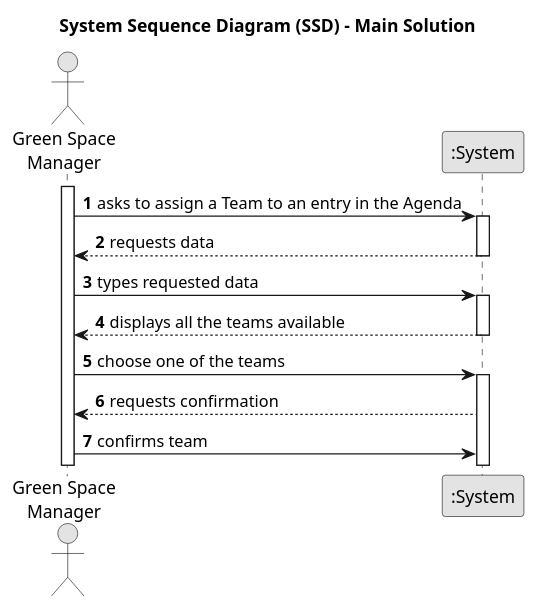
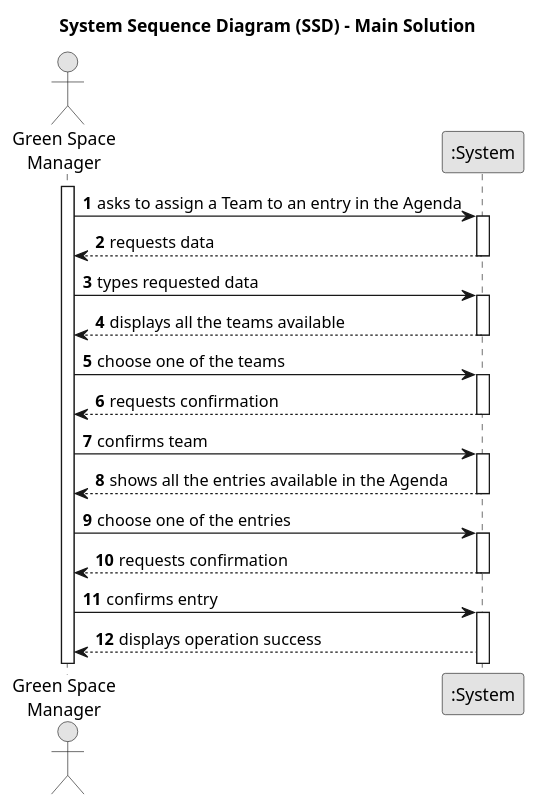
The diagram in docs/sprintC/us023/01.requirements-engineering/puml/us023-system-sequence-diagram-main-solution.puml (Departamento-de-Engenharia-Informatica/lei-24-s2-1dkl-g134), drawn with PlantUML before and after one commit.

Commit message:
US 23- Conclusion of SD main solution

```diff
--- a/docs/sprintC/us023/01.requirements-engineering/puml/us023-system-sequence-diagram-main-solution.puml
+++ b/docs/sprintC/us023/01.requirements-engineering/puml/us023-system-sequence-diagram-main-solution.puml
@@ -1,32 +1,48 @@
 @startuml
 skinparam monochrome true
 skinparam packageStyle rectangle
 skinparam shadowing false
 
 title System Sequence Diagram (SSD) - Main Solution
 
 autonumber
 
 actor "Green Space\nManager" as Manager
 participant ":System" as System
 
 activate Manager
 
     Manager -> System : asks to assign a Team to an entry in the Agenda
-    activate System
+        activate System
 
-        System --> Manager :requests data
+            System --> Manager :requests data
     deactivate System
+
      Manager -> System : types requested data
         activate System
 
             System --> Manager :displays all the teams available
+     deactivate System
+
+     Manager -> System : choose one of the teams
+        activate System
+
+             System --> Manager : requests confirmation
+     deactivate System
+     Manager -> System : confirms team
+        activate System
+
+            System --> Manager : shows all the entries available in the Agenda
+      deactivate System
+
+     Manager -> System : choose one of the entries
+        activate System
+
+              System --> Manager : requests confirmation
         deactivate System
 
-         Manager -> System : choose one of the teams
+        Manager -> System : confirms entry
             activate System
 
-                   System --> Manager : requests confirmation
-                   Manager -> System : confirms team
-
+            System --> Manager : displays operation success
 @enduml
```
